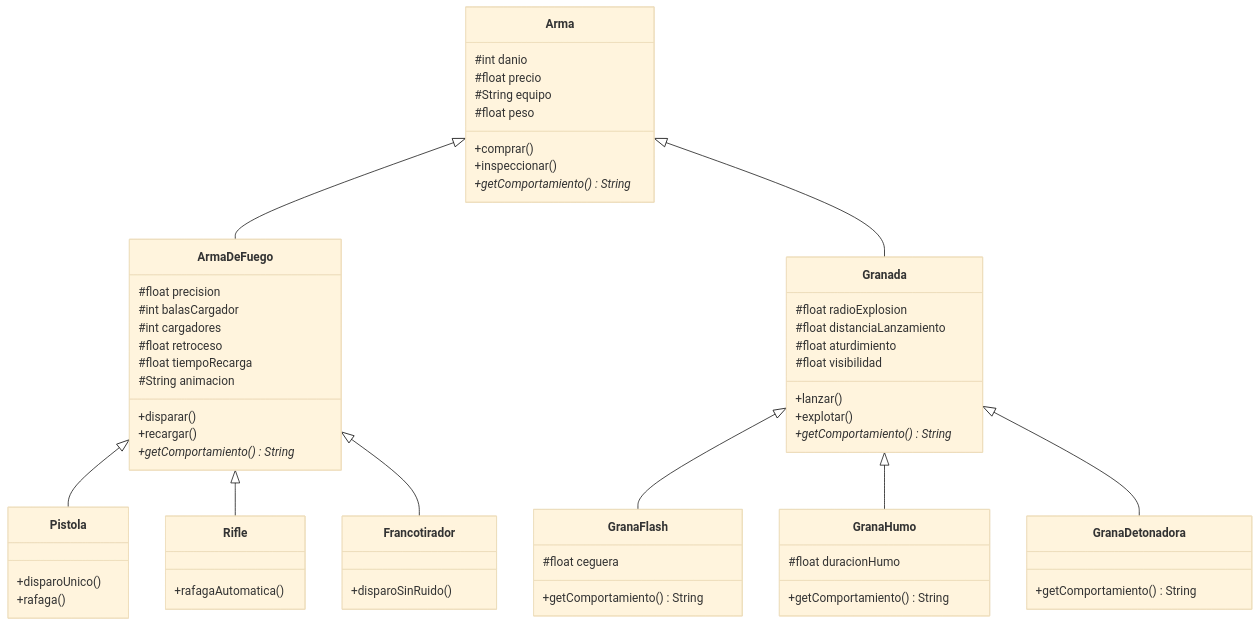
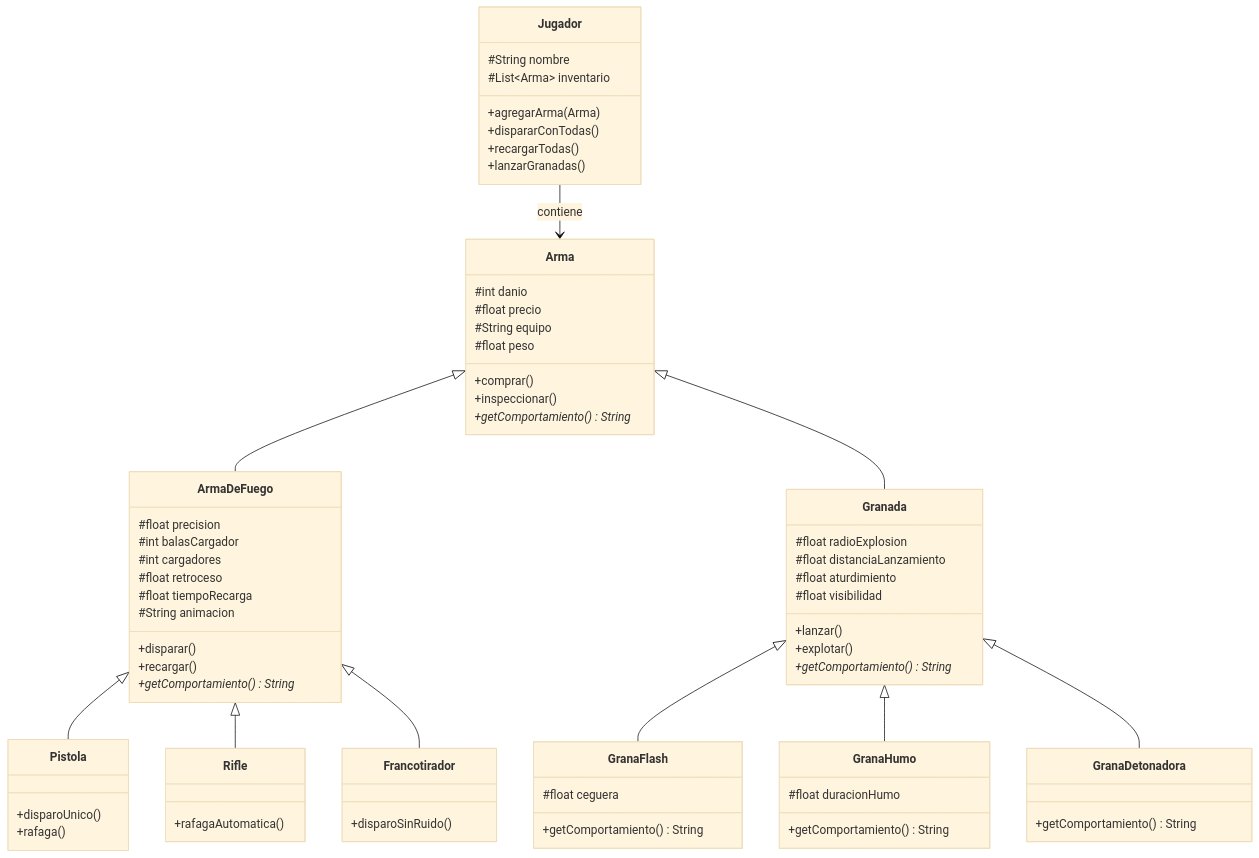
The diagram in README.md (LTP22/ltauber-tp-lp3-2026), drawn with Mermaid (base theme) before and after one commit.

Commit message:
docs: agregar Jugador al diagrama Mermaid del README

````diff
--- a/README.md
+++ b/README.md
@@ -13,70 +13,80 @@
 ```mermaid
 classDiagram
+    class Jugador {
+        #String nombre
+        #List~Arma~ inventario
+        +agregarArma(Arma)
+        +dispararConTodas()
+        +recargarTodas()
+        +lanzarGranadas()
+    }
+    
     class Arma {
         #int danio
         #float precio
         #String equipo
         #float peso
         +comprar()
         +inspeccionar()
         +getComportamiento()* String
     }
     
     class ArmaDeFuego {
         #float precision
         #int balasCargador
         #int cargadores
         #float retroceso
         #float tiempoRecarga
         #String animacion
         +disparar()
         +recargar()
         +getComportamiento()* String
     }
     
     class Pistola {
         +disparoUnico()
         +rafaga()
     }
     
     class Rifle {
         +rafagaAutomatica()
     }
     
     class Francotirador {
         +disparoSinRuido()
     }
     
     class Granada {
         #float radioExplosion
         #float distanciaLanzamiento
         #float aturdimiento
         #float visibilidad
         +lanzar()
         +explotar()
         +getComportamiento()* String
     }
     
     class GranaFlash {
         #float ceguera
         +getComportamiento() String
     }
     
     class GranaHumo {
         #float duracionHumo
         +getComportamiento() String
     }
     
     class GranaDetonadora {
         +getComportamiento() String
     }
     
+    Jugador --> Arma : contiene
     Arma <|-- ArmaDeFuego
     Arma <|-- Granada
     ArmaDeFuego <|-- Pistola
     ArmaDeFuego <|-- Rifle
     ArmaDeFuego <|-- Francotirador
     Granada <|-- GranaFlash
     Granada <|-- GranaHumo
     Granada <|-- GranaDetonadora
 ```
````
